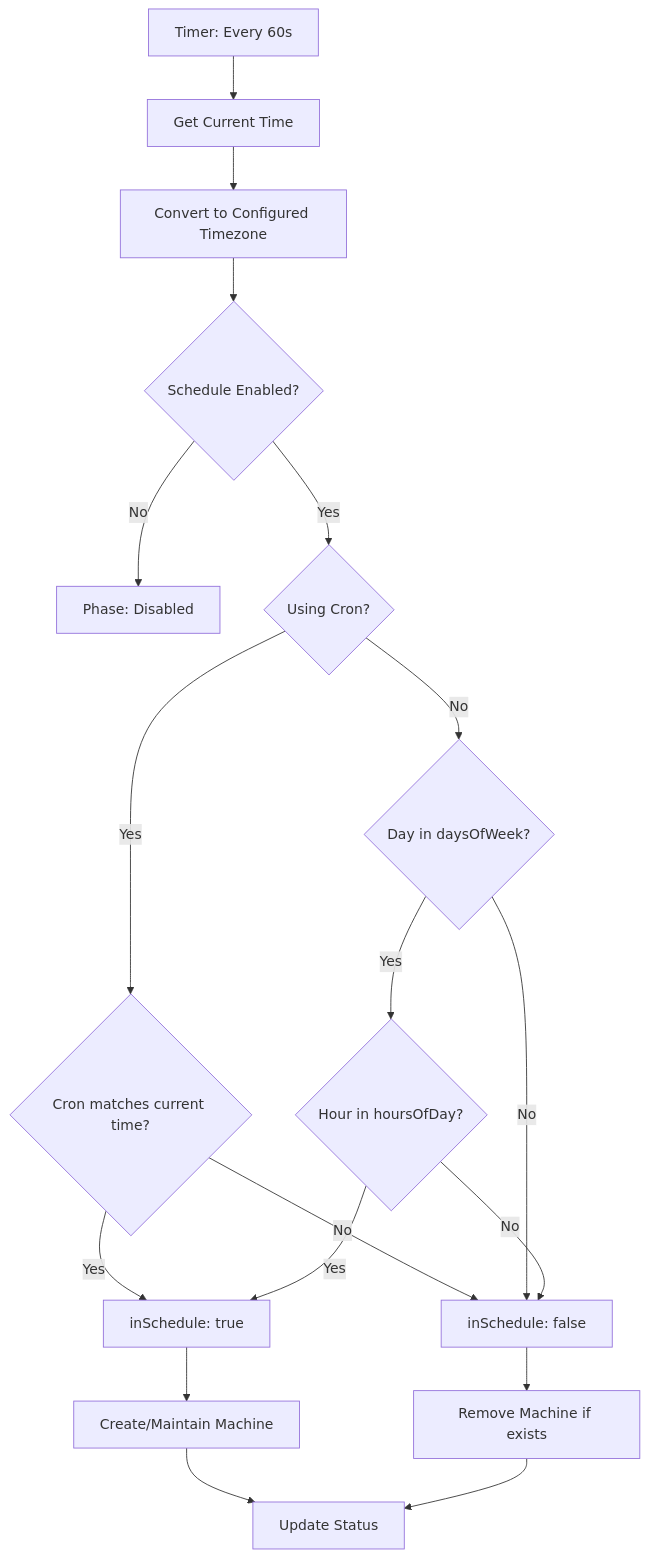
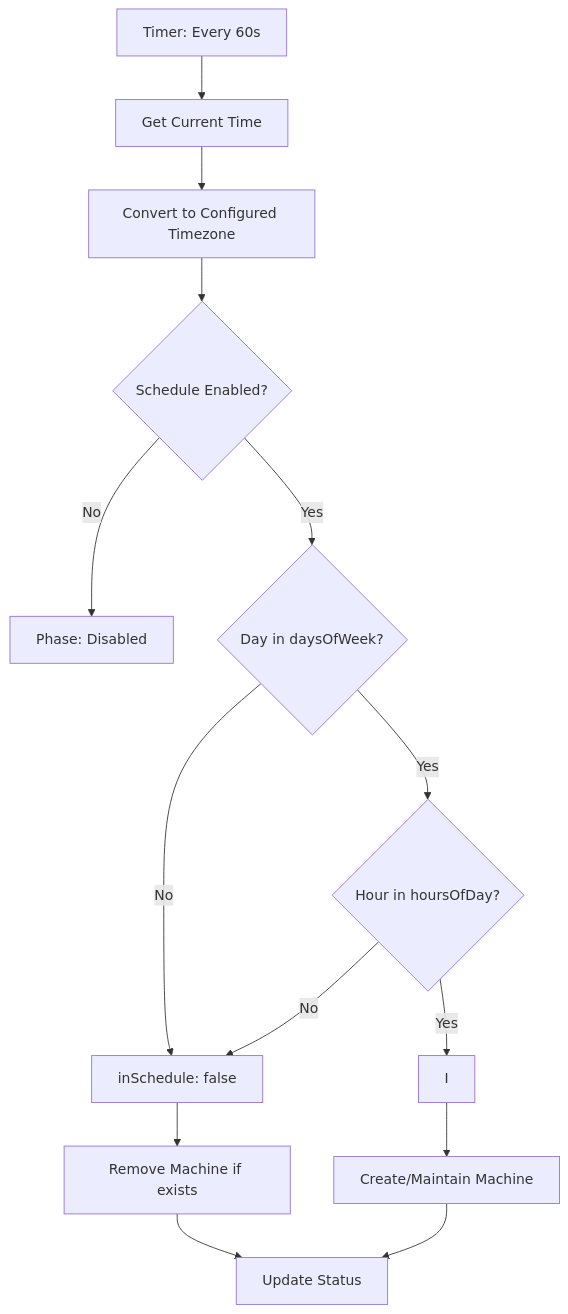
The diagram in docs/src/concepts/schedules.md (RBC/5-spot), drawn with Mermaid before and after one commit. The commit also changed other lines of this file and 27 other files, not shown here.

Commit message:
Add CALM json and generate mermaid and MD files for the architeture flow and the system diagram

````diff
--- a/docs/src/concepts/schedules.md
+++ b/docs/src/concepts/schedules.md
@@ -276,20 +219,16 @@
 ```mermaid
 flowchart TD
     A[Timer: Every 60s] --> B[Get Current Time]
     B --> C[Convert to Configured Timezone]
     C --> D{Schedule Enabled?}
     D -->|No| E[Phase: Disabled]
-    D -->|Yes| F{Using Cron?}
-    F -->|Yes| G{Cron matches current time?}
-    F -->|No| H{Day in daysOfWeek?}
-    G -->|Yes| I[inSchedule: true]
-    G -->|No| J[inSchedule: false]
-    H -->|No| J
+    D -->|Yes| H{Day in daysOfWeek?}
+    H -->|No| J[inSchedule: false]
     H -->|Yes| K{Hour in hoursOfDay?}
     K -->|No| J
     K -->|Yes| I
     I --> L[Create/Maintain Machine]
     J --> M[Remove Machine if exists]
     L --> N[Update Status]
     M --> N
 ```
````
